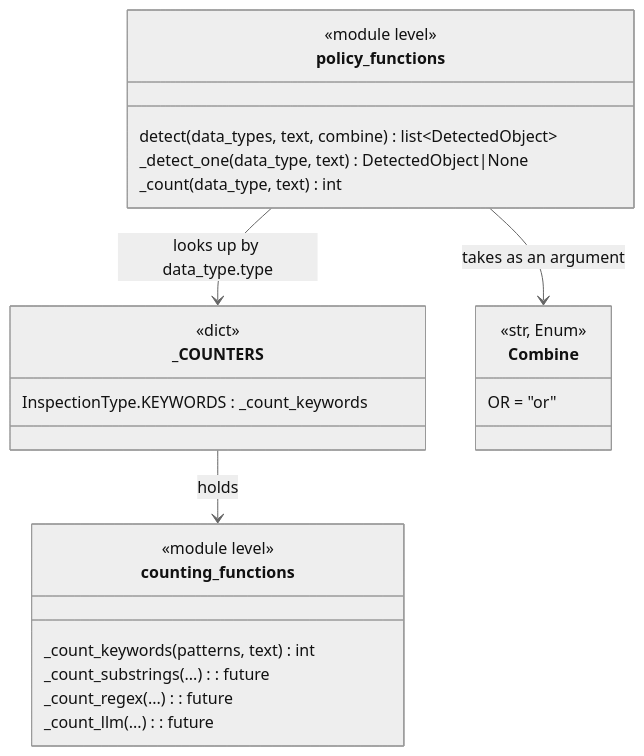
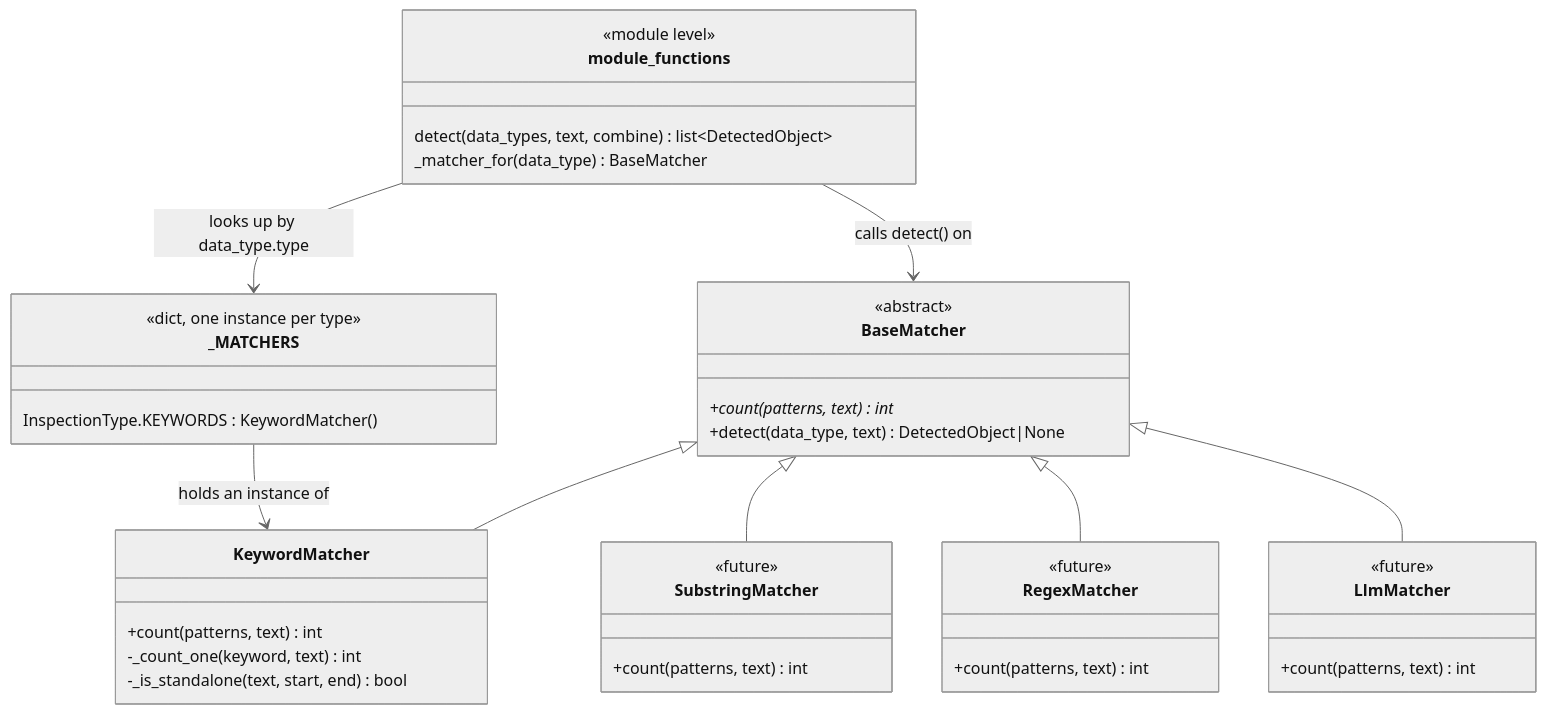
Diagram 18 of 19 in docs/ARCHITECTURE.md (dolevol/data_leak_prevention), drawn with Mermaid (neutral theme) before and after one commit. The commit also changed other lines of this file and 9 other files, not shown here.

````diff
--- a/docs/ARCHITECTURE.md
+++ b/docs/ARCHITECTURE.md
@@ -557,27 +553,42 @@
 ```mermaid
 classDiagram
-    class counting_functions {
-        <<module level>>
-        _count_keywords(patterns, text) int
-        _count_substrings(...) : future
-        _count_regex(...) : future
-        _count_llm(...) : future
+    class BaseMatcher {
+        <<abstract>>
+        +count(patterns, text) int*
+        +detect(data_type, text) DetectedObject|None
     }
-    class _COUNTERS {
-        <<dict>>
-        InspectionType.KEYWORDS : _count_keywords
+    class KeywordMatcher {
+        +count(patterns, text) int
+        -_count_one(keyword, text) int
+        -_is_standalone(text, start, end) bool
     }
-    class policy_functions {
+    class SubstringMatcher {
+        <<future>>
+        +count(patterns, text) int
+    }
+    class RegexMatcher {
+        <<future>>
+        +count(patterns, text) int
+    }
+    class LlmMatcher {
+        <<future>>
+        +count(patterns, text) int
+    }
+    class _MATCHERS {
+        <<dict, one instance per type>>
+        InspectionType.KEYWORDS : KeywordMatcher()
+    }
+    class module_functions {
         <<module level>>
         detect(data_types, text, combine) list~DetectedObject~
-        _detect_one(data_type, text) DetectedObject|None
-        _count(data_type, text) int
+        _matcher_for(data_type) BaseMatcher
     }
-    class Combine {
-        <<str, Enum>>
-        OR = "or"
-    }
-    policy_functions --> _COUNTERS : looks up by data_type.type
-    _COUNTERS --> counting_functions : holds
-    policy_functions --> Combine : takes as an argument
+
+    BaseMatcher <|-- KeywordMatcher
+    BaseMatcher <|-- SubstringMatcher
+    BaseMatcher <|-- RegexMatcher
+    BaseMatcher <|-- LlmMatcher
+    _MATCHERS --> KeywordMatcher : holds an instance of
+    module_functions --> _MATCHERS : looks up by data_type.type
+    module_functions --> BaseMatcher : calls detect() on
 ```
````
